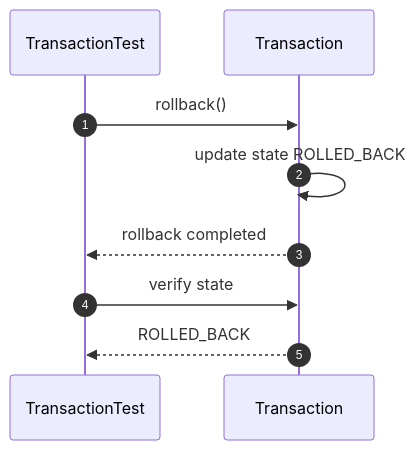
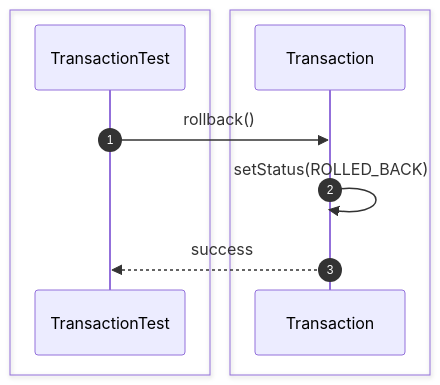
One commit to Huy1801214/dbms-architecture changed diagram 15 of 54 in src/sequence/transaction.md. Above: the diagram before and after it, drawn with Mermaid. The commit also changed other lines of this file and 10 other files, not shown here.

Commit message:
add comprehensive sequence diagrams and documentation for system architecture and unit testing specifications

````diff
--- a/src/sequence/transaction.md
+++ b/src/sequence/transaction.md
@@ -167,17 +254,15 @@
-```mermaid 
+```mermaid
 sequenceDiagram
     autonumber
 
+    box #e1f5fe Test Suite
     participant Test as TransactionTest
+    end
+    box #ffebee Transaction Components
     participant Tx as Transaction
+    end
 
     Test->>Tx: rollback()
-
-    Tx->>Tx: update state ROLLED_BACK
-
-    Tx-->>Test: rollback completed
-
-    Test->>Tx: verify state
-
-    Tx-->>Test: ROLLED_BACK
+    Tx->>Tx: setStatus(ROLLED_BACK)
+    Tx-->>Test: success
 ```
````
